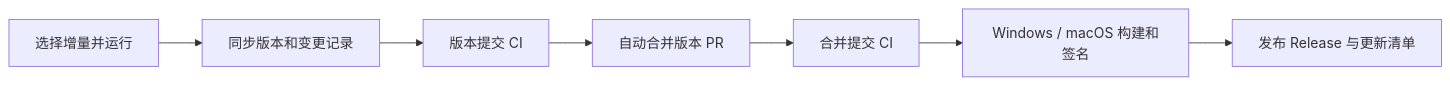
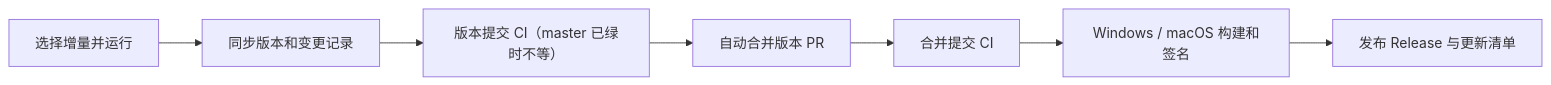
The diagram in .github/RELEASING.md (coconilu/gitgrove), drawn with Mermaid before and after one commit. The commit also changed other lines of this file and 5 other files, not shown here.

````diff
--- a/.github/RELEASING.md
+++ b/.github/RELEASING.md
@@ -16,9 +18,9 @@
 ```mermaid
 flowchart LR
   A[选择增量并运行] --> B[同步版本和变更记录]
-  B --> C[版本提交 CI]
+  B --> C[版本提交 CI（master 已绿时不等）]
   C --> D[自动合并版本 PR]
   D --> E[合并提交 CI]
   E --> F[Windows / macOS 构建和签名]
   F --> G[发布 Release 与更新清单]
 ```
````
